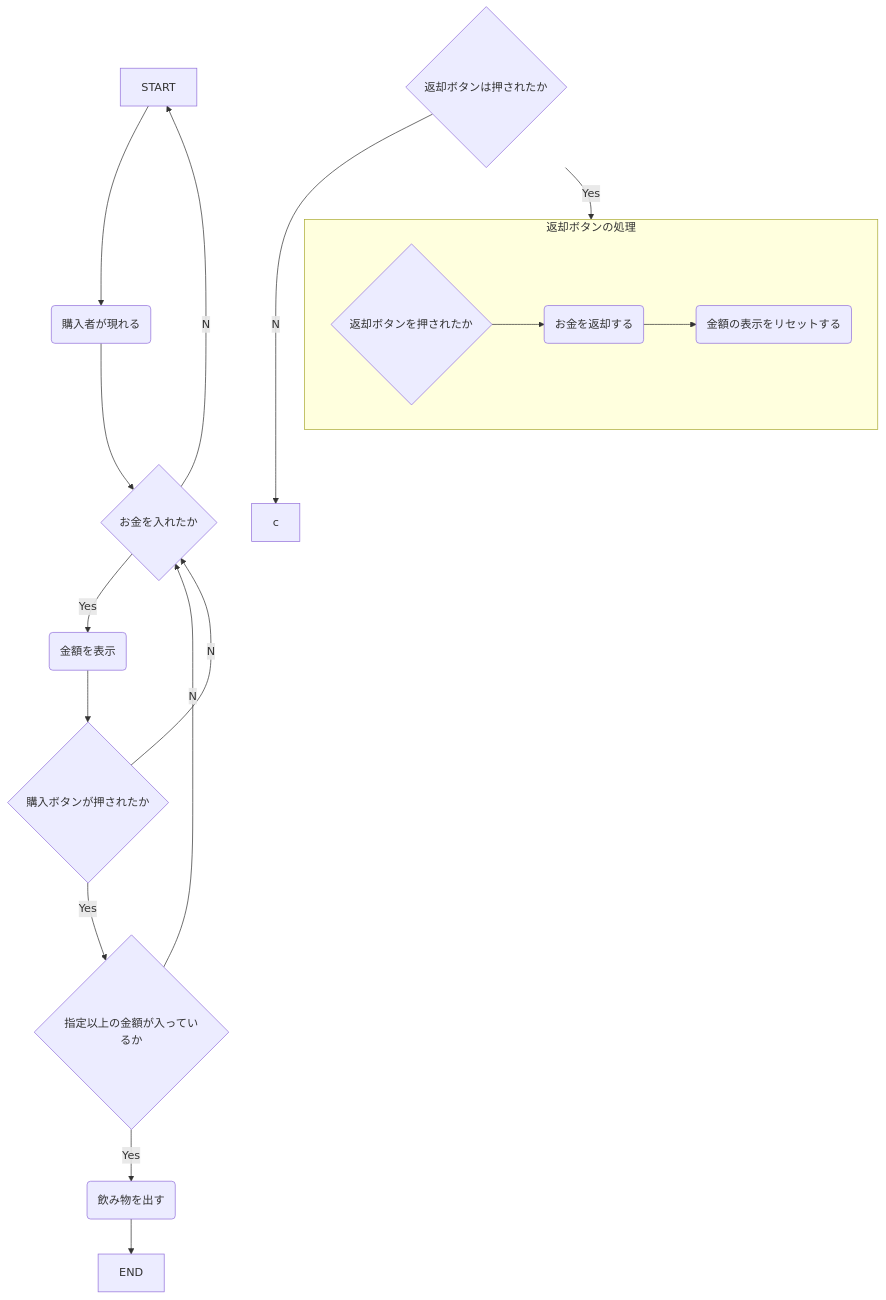
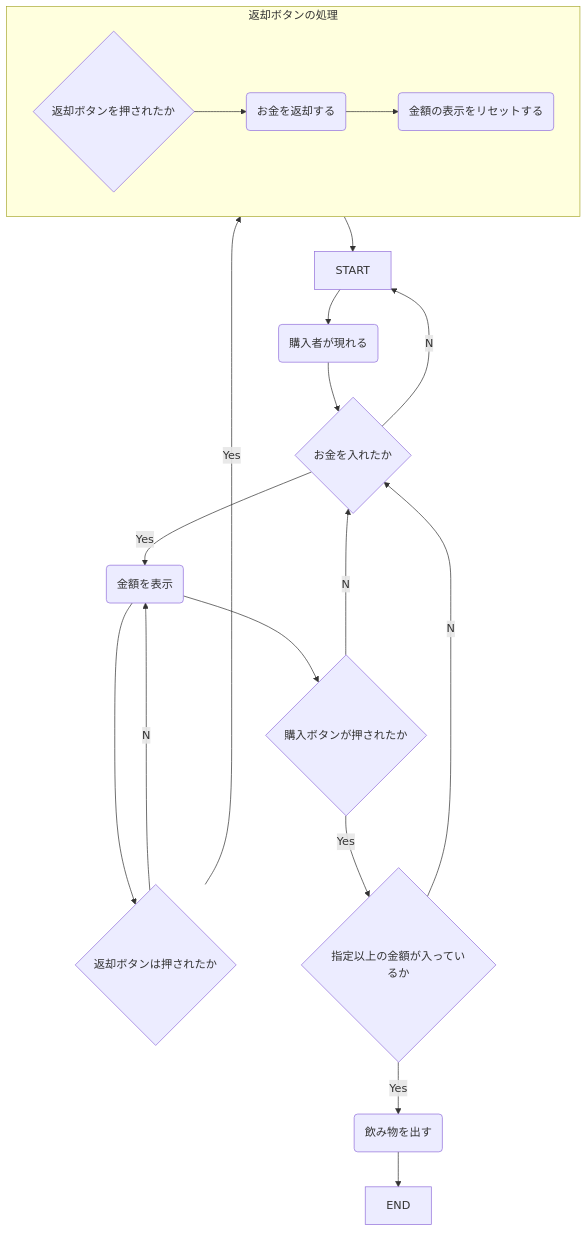
Before and after one commit to tpu-game-2022/mermaid_test: the diagram in README.md, drawn with Mermaid.

Commit message:
フローチャートを変更した

````diff
--- a/README.md
+++ b/README.md
@@ -20,19 +20,20 @@
 ```mermaid
 flowchart TB
   START-->A(購入者が現れる)
   A(購入者が現れる)-->B{お金を入れたか}
   B--Yes-->C(金額を表示)
   B--No-->START
-  D{返却ボタンは押されたか}--Yes-->返却ボタンの処理
-  D--No-->c
+  C-->D{返却ボタンは押されたか}
+  D--Yes-->返却ボタンの処理-->START
+  D--No-->C
     subgraph 返却ボタンの処理
     direction LR
       D1{返却ボタンを押されたか}-->D2(お金を返却する)-->D3(金額の表示をリセットする)
     end
   C-->E{購入ボタンが押されたか}
   E{購入ボタンが押されたか}--Yes-->F{指定以上の金額が入っているか}
   E--No-->B
   F--Yes-->G(飲み物を出す)
   F--No-->B
   G-->END
 ```
````
